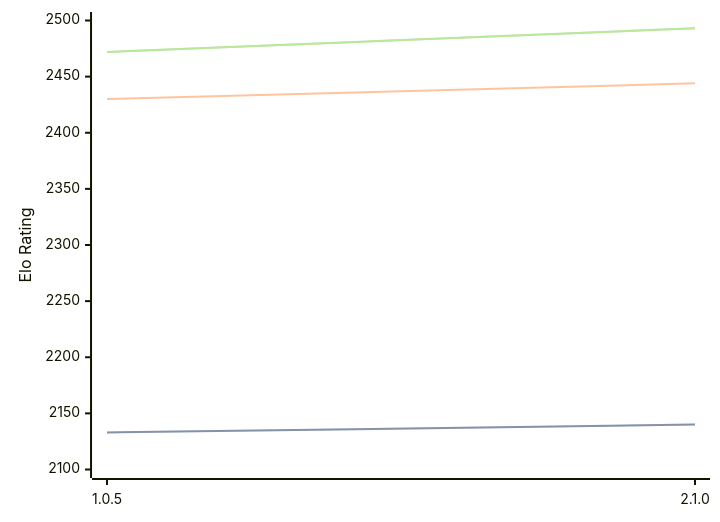
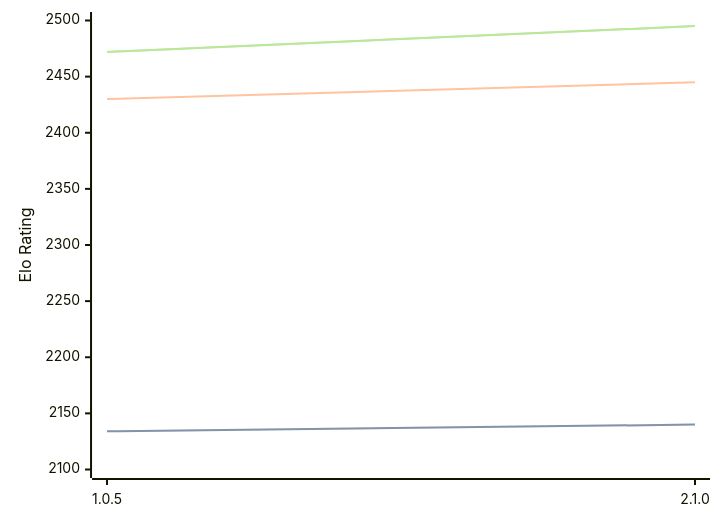
Before and after one commit to computer-chess-index/cci: the third of 3 diagrams in engines/Ruffian.md, drawn with Mermaid. The commit also changed other lines of this file, not shown here.

Commit message:
Update CCI Ratings (ELO VLTC) - 2026-06-20

````diff
--- a/engines/Ruffian.md
+++ b/engines/Ruffian.md
@@ -65,11 +65,11 @@
 ```mermaid
 %%{init: {"theme":"base","themeVariables":{"seriesColors:['#a3a3a3','#222221','#faa371']}}}%%
 xychart-beta
   x-axis ["1.0.5", "2.1.0"]
   y-axis "Elo Rating" 2100 --> 2500
-  line "STC (8.0+0.08s)" [2133, 2140]
-  line "STC (8.0+0.08s)" [2133, 2140]
-  line "LTC (60.0+0.60s)" [2430, 2444]
-  line "VLTC (2m24s+1.12s)" [2472, 2493]
-  line "VLTC (2m24s+1.12s)" [2472, 2493]
+  line "STC (8.0+0.08s)" [2134, 2140]
+  line "STC (8.0+0.08s)" [2134, 2140]
+  line "LTC (60.0+0.60s)" [2430, 2445]
+  line "VLTC (2m24s+1.12s)" [2472, 2495]
+  line "VLTC (2m24s+1.12s)" [2472, 2495]
 ```
````
